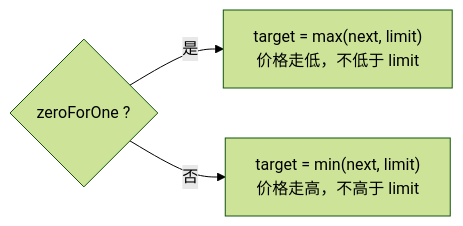
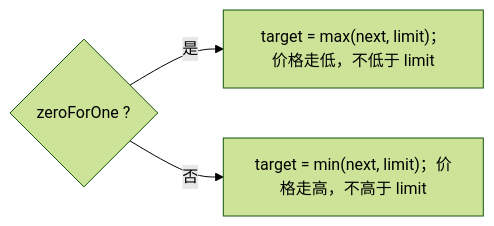
One commit to liangzhongkai/liangzhongkai.github.io changed diagram 11 of 18 in content/posts/uniswap-v4-math.md. Above: the diagram before and after it, drawn with Mermaid (forest theme). The commit also changed other lines of this file and 1 other file, not shown here.

````diff
--- a/content/posts/uniswap-v4-math.md
+++ b/content/posts/uniswap-v4-math.md
@@ -701,6 +701,6 @@
 ```mermaid
 flowchart LR
   Z{"zeroForOne ?"}
-  Z -->|是| MAX["target = max(next, limit)<br/>价格走低，不低于 limit"]
-  Z -->|否| MIN["target = min(next, limit)<br/>价格走高，不高于 limit"]
+  Z -->|是| MAX["target = max(next, limit)；价格走低，不低于 limit"]
+  Z -->|否| MIN["target = min(next, limit)；价格走高，不高于 limit"]
 ```
````
